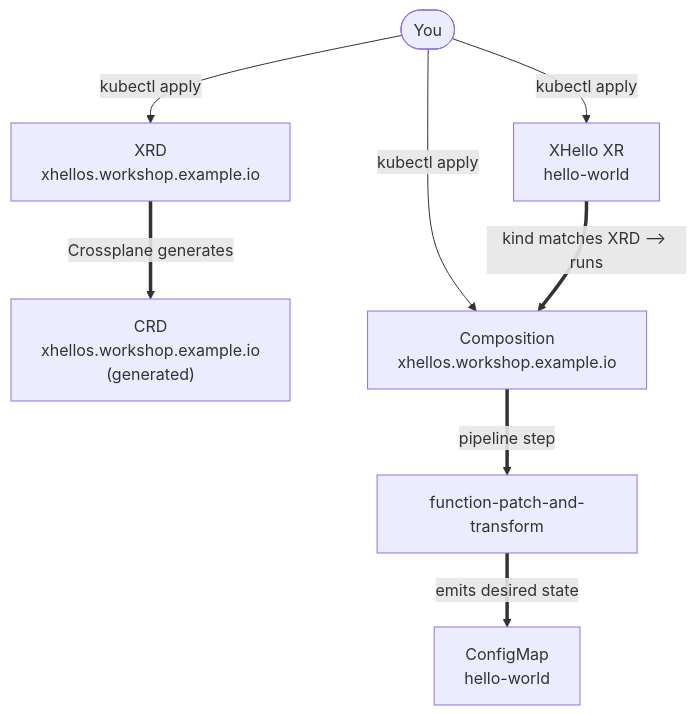
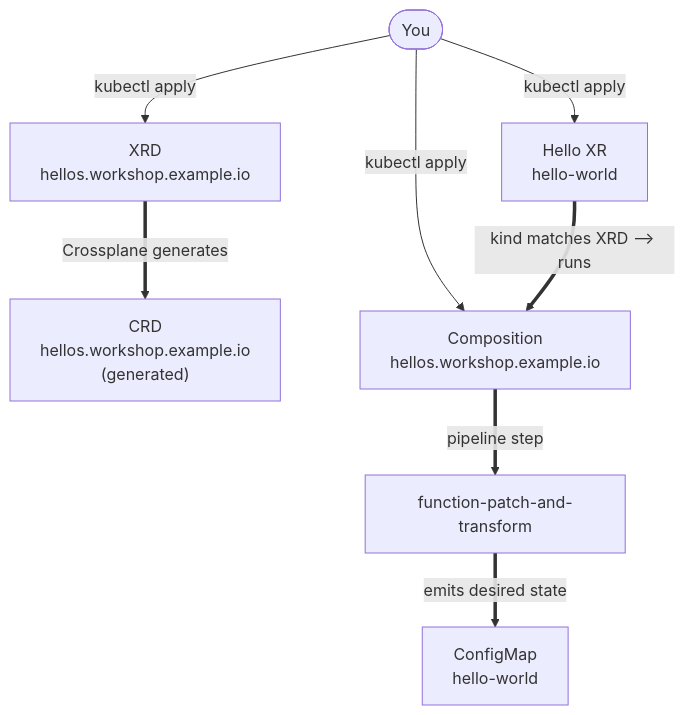
Before and after one commit to ricCap/crossplane-workshop: the diagram in docs/docs/04-crossplane-101/02-first-composition.mdx, drawn with Mermaid. The commit also changed other lines of this file and 33 other files, not shown here.

````diff
--- a/docs/docs/04-crossplane-101/02-first-composition.mdx
+++ b/docs/docs/04-crossplane-101/02-first-composition.mdx
@@ -25,18 +25,18 @@
 ```mermaid
 flowchart TB
   user(["You"])
-  xrd["XRD<br/>xhellos.workshop.example.io"]
-  crd["CRD<br/>xhellos.workshop.example.io<br/>(generated)"]
-  comp["Composition<br/>xhellos.workshop.example.io"]
+  xrd["XRD<br/>hellos.workshop.example.io"]
+  crd["CRD<br/>hellos.workshop.example.io<br/>(generated)"]
+  comp["Composition<br/>hellos.workshop.example.io"]
   fn["function-patch-and-transform"]
-  xr["XHello XR<br/>hello-world"]
+  xr["Hello XR<br/>hello-world"]
   cm["ConfigMap<br/>hello-world"]
 
   user -- "kubectl apply" --> xrd
   xrd == "Crossplane generates" ==> crd
   user -- "kubectl apply" --> comp
   user -- "kubectl apply" --> xr
   xr == "kind matches XRD ⟶ runs" ==> comp
   comp == "pipeline step" ==> fn
   fn == "emits desired state" ==> cm
 ```
````
